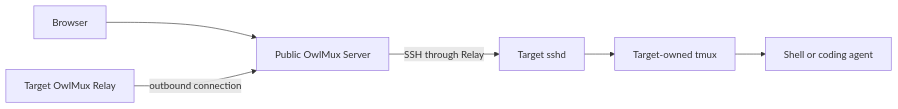
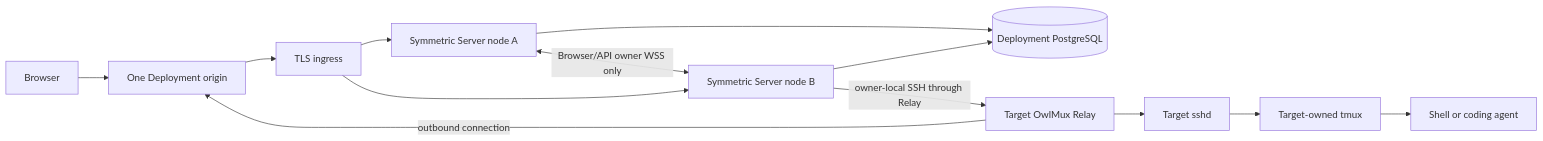
The diagram in README.md (Wh1isper/cloud-ssh), drawn with Mermaid before and after one commit. The commit also changed other lines of this file and 36 other files, not shown here.

Commit message:
Simplify OwlMux target architecture

````diff
--- a/README.md
+++ b/README.md
@@ -14,8 +7,15 @@
 ```mermaid
 flowchart LR
-    browser["Browser"] --> server["Public OwlMux Server"]
-    relay["Target OwlMux Relay"] -->|"outbound connection"| server
-    server -->|"SSH through Relay"| sshd["Target sshd"]
+    browser["Browser"] --> origin["One Deployment origin"]
+    relay["Target OwlMux Relay"] -->|"outbound connection"| origin
+    origin --> ingress["TLS ingress"]
+    ingress --> nodeA["Symmetric Server node A"]
+    ingress --> nodeB["Symmetric Server node B"]
+    nodeA --> postgres[("Deployment PostgreSQL")]
+    nodeB --> postgres
+    nodeA <-->|"Browser/API owner WSS only"| nodeB
+    nodeB -->|"owner-local SSH through Relay"| relay
+    relay --> sshd["Target sshd"]
     sshd --> tmux["Target-owned tmux"]
     tmux --> process["Shell or coding agent"]
 ```
````
